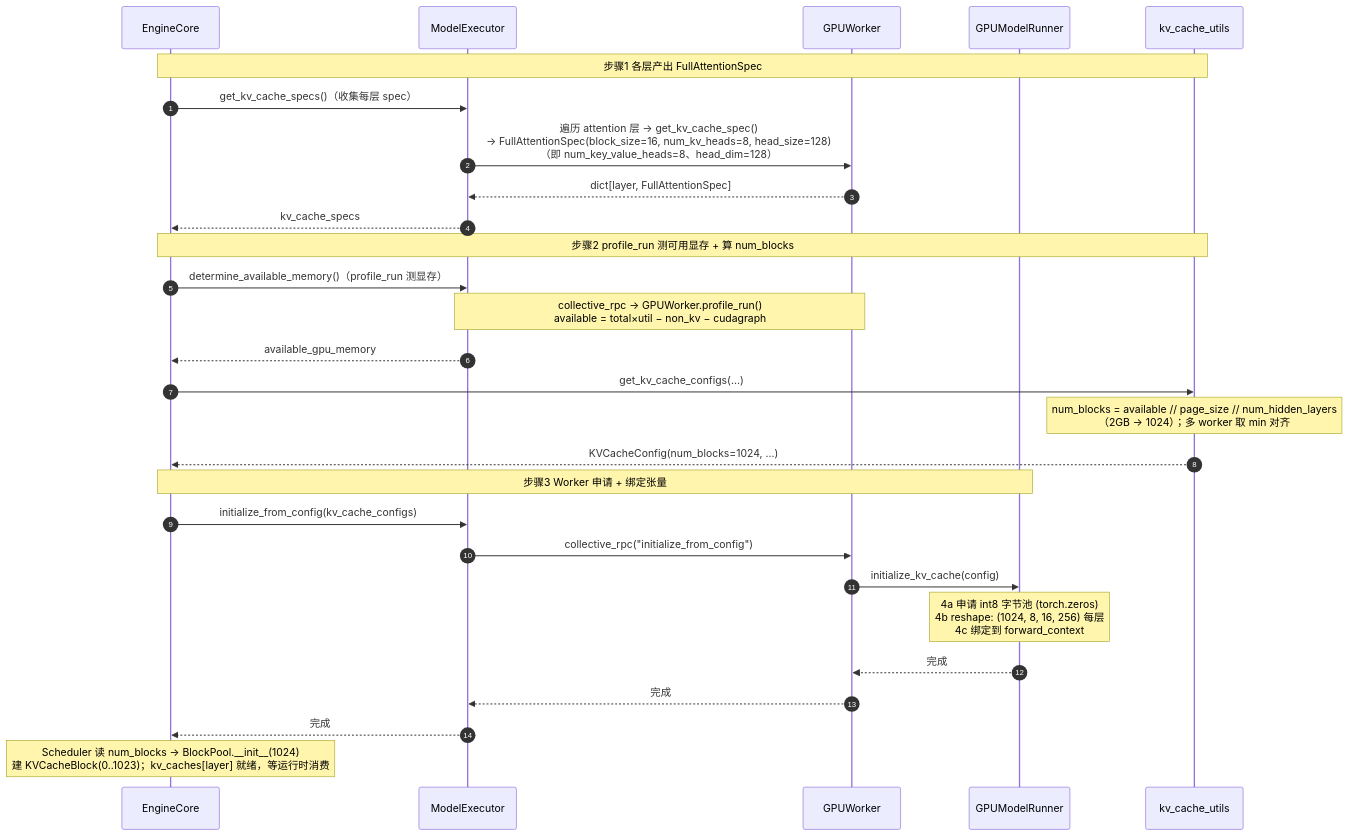
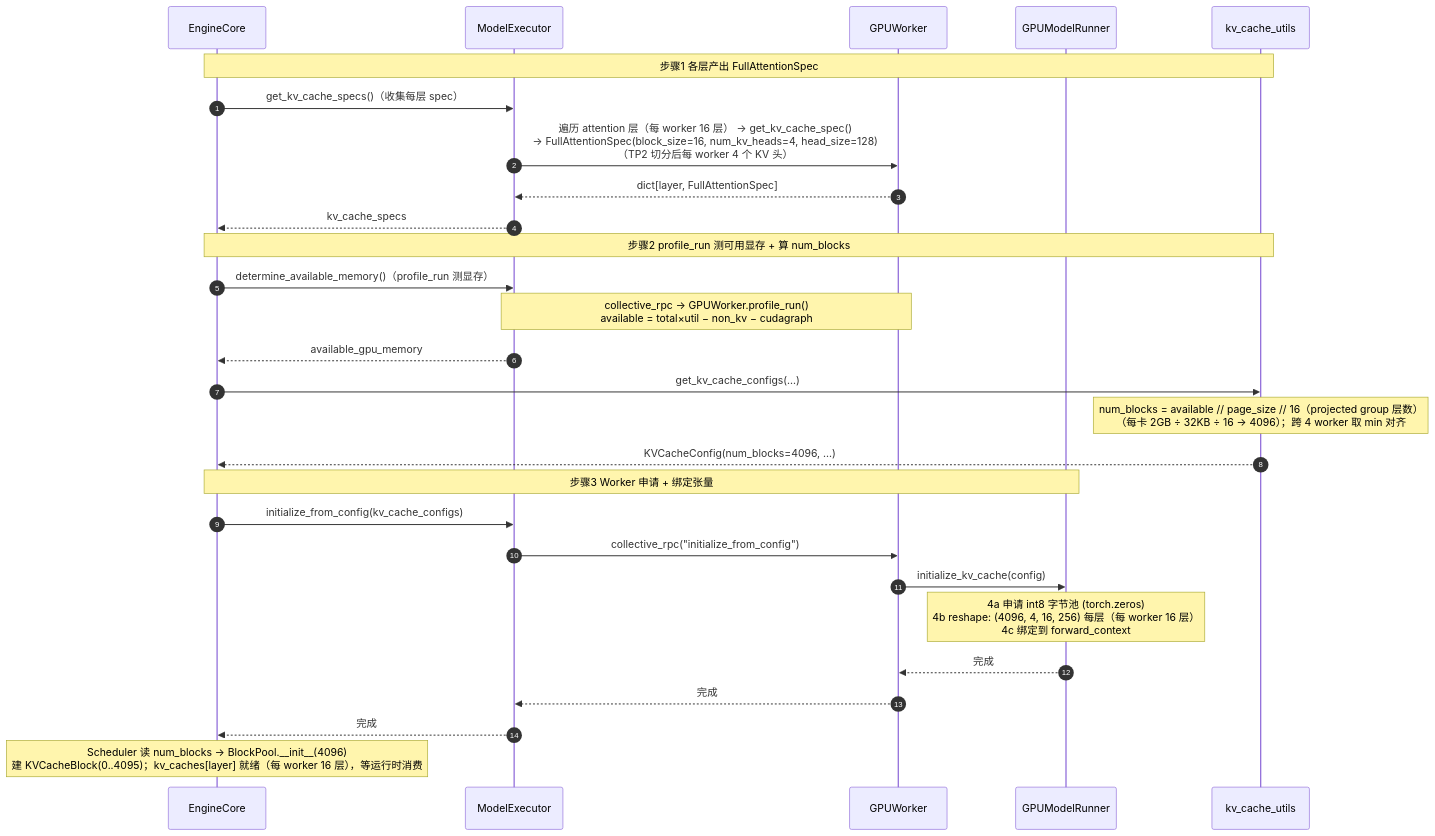
One commit to GoCHug/vllm changed the first of 9 diagrams in vllm/v1/core/kvcache_docs/0_end_to_end_sequence.md. Above: the diagram before and after it, drawn with Mermaid. The commit also changed other lines of this file and 4 other files, not shown here.

````diff
--- a/vllm/v1/core/kvcache_docs/0_end_to_end_sequence.md
+++ b/vllm/v1/core/kvcache_docs/0_end_to_end_sequence.md
@@ -58,35 +67,35 @@
 ```mermaid
 %%{init: {"themeVariables": {"actorFontSize": "11px", "messageFontSize": "11px", "noteFontSize": "11px"}, "sequence": {"actorMargin": 40, "messageMargin": 16, "noteMargin": 8, "boxMargin": 8, "mirrorActors": true}}}%%
 sequenceDiagram
     autonumber
     participant EngineCore
     participant ModelExecutor
     participant GPUWorker
     participant GPUModelRunner
     participant kv_cache_utils
 
     Note over EngineCore,kv_cache_utils: 步骤1 各层产出 FullAttentionSpec
     EngineCore->>ModelExecutor: get_kv_cache_specs()（收集每层 spec）
-    ModelExecutor->>GPUWorker: 遍历 attention 层 → get_kv_cache_spec()<br/>→ FullAttentionSpec(block_size=16, num_kv_heads=8, head_size=128)<br/>（即 num_key_value_heads=8、head_dim=128）
+    ModelExecutor->>GPUWorker: 遍历 attention 层（每 worker 16 层） → get_kv_cache_spec()<br/>→ FullAttentionSpec(block_size=16, num_kv_heads=4, head_size=128)<br/>（TP2 切分后每 worker 4 个 KV 头）
     GPUWorker-->>ModelExecutor: dict[layer, FullAttentionSpec]
     ModelExecutor-->>EngineCore: kv_cache_specs
 
     Note over EngineCore,kv_cache_utils: 步骤2 profile_run 测可用显存 + 算 num_blocks
     EngineCore->>ModelExecutor: determine_available_memory()（profile_run 测显存）
     Note over ModelExecutor,GPUWorker: collective_rpc → GPUWorker.profile_run()<br/>available = total×util − non_kv − cudagraph
     ModelExecutor-->>EngineCore: available_gpu_memory
     EngineCore->>kv_cache_utils: get_kv_cache_configs(...)
-    Note over kv_cache_utils: num_blocks = available // page_size // num_hidden_layers<br/>（2GB → 1024）；多 worker 取 min 对齐
-    kv_cache_utils-->>EngineCore: KVCacheConfig(num_blocks=1024, ...)
+    Note over kv_cache_utils: num_blocks = available // page_size // 16（projected group 层数）<br/>（每卡 2GB ÷ 32KB ÷ 16 → 4096）；跨 4 worker 取 min 对齐
+    kv_cache_utils-->>EngineCore: KVCacheConfig(num_blocks=4096, ...)
 
     Note over EngineCore,GPUModelRunner: 步骤3 Worker 申请 + 绑定张量
     EngineCore->>ModelExecutor: initialize_from_config(kv_cache_configs)
     ModelExecutor->>GPUWorker: collective_rpc("initialize_from_config")
     GPUWorker->>GPUModelRunner: initialize_kv_cache(config)
-    Note over GPUModelRunner: 4a 申请 int8 字节池 (torch.zeros)<br/>4b reshape: (1024, 8, 16, 256) 每层<br/>4c 绑定到 forward_context
+    Note over GPUModelRunner: 4a 申请 int8 字节池 (torch.zeros)<br/>4b reshape: (4096, 4, 16, 256) 每层（每 worker 16 层）<br/>4c 绑定到 forward_context
 
     GPUModelRunner-->>GPUWorker: 完成
     GPUWorker-->>ModelExecutor: 完成
     ModelExecutor-->>EngineCore: 完成
-    Note over EngineCore: Scheduler 读 num_blocks → BlockPool.__init__(1024)<br/>建 KVCacheBlock(0..1023)；kv_caches[layer] 就绪，等运行时消费
+    Note over EngineCore: Scheduler 读 num_blocks → BlockPool.__init__(4096)<br/>建 KVCacheBlock(0..4095)；kv_caches[layer] 就绪（每 worker 16 层），等运行时消费
 ```
````
